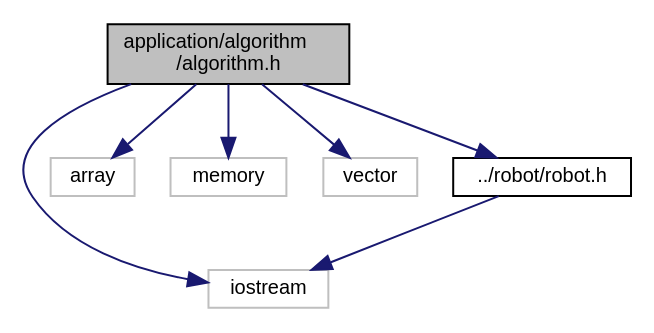
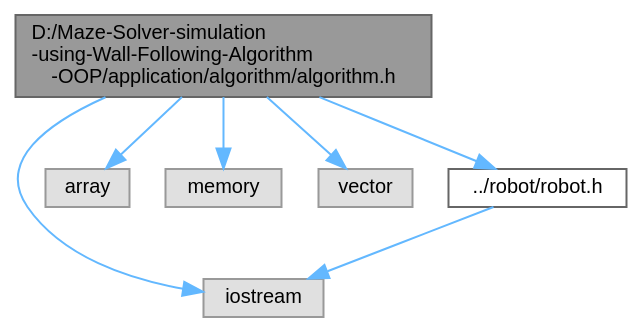
Before and after one commit to darshit-desai/Maze-Solver-simulation-using-Wall-Following-Algorithm-OOP: the diagram in docs/algorithm_8h__incl.dot, drawn with Graphviz. The commit also changed 381 other files, not shown here.

```diff
--- a/docs/algorithm_8h__incl.dot
+++ b/docs/algorithm_8h__incl.dot
@@ -1,18 +1,19 @@
-digraph "application/algorithm/algorithm.h"
+digraph "D:/Maze-Solver-simulation-using-Wall-Following-Algorithm-OOP/application/algorithm/algorithm.h"
 {
  // LATEX_PDF_SIZE
-  edge [fontname="Helvetica",fontsize="10",labelfontname="Helvetica",labelfontsize="10"];
-  node [fontname="Helvetica",fontsize="10",shape=record];
-  Node1 [label="application/algorithm\l/algorithm.h",height=0.2,width=0.4,color="black", fillcolor="grey75", style="filled", fontcolor="black",tooltip="This file contains the implementation details for algorithm class."];
-  Node1 -> Node2 [color="midnightblue",fontsize="10",style="solid",fontname="Helvetica"];
-  Node2 [label="iostream",height=0.2,width=0.4,color="grey75", fillcolor="white", style="filled",tooltip=" "];
-  Node1 -> Node3 [color="midnightblue",fontsize="10",style="solid",fontname="Helvetica"];
-  Node3 [label="array",height=0.2,width=0.4,color="grey75", fillcolor="white", style="filled",tooltip=" "];
-  Node1 -> Node4 [color="midnightblue",fontsize="10",style="solid",fontname="Helvetica"];
-  Node4 [label="memory",height=0.2,width=0.4,color="grey75", fillcolor="white", style="filled",tooltip=" "];
-  Node1 -> Node5 [color="midnightblue",fontsize="10",style="solid",fontname="Helvetica"];
-  Node5 [label="vector",height=0.2,width=0.4,color="grey75", fillcolor="white", style="filled",tooltip=" "];
-  Node1 -> Node6 [color="midnightblue",fontsize="10",style="solid",fontname="Helvetica"];
-  Node6 [label="../robot/robot.h",height=0.2,width=0.4,color="black", fillcolor="white", style="filled",URL="$robot_8h.html",tooltip="This class is used to drive the robot based on its position and orientation."];
-  Node6 -> Node2 [color="midnightblue",fontsize="10",style="solid",fontname="Helvetica"];
+  bgcolor="transparent";
+  edge [fontname=Helvetica,fontsize=10,labelfontname=Helvetica,labelfontsize=10];
+  node [fontname=Helvetica,fontsize=10,shape=box,height=0.2,width=0.4];
+  Node1 [id="Node000001",label="D:/Maze-Solver-simulation\l-using-Wall-Following-Algorithm\l-OOP/application/algorithm/algorithm.h",height=0.2,width=0.4,color="gray40", fillcolor="grey60", style="filled", fontcolor="black",tooltip="This file contains the implementation details for algorithm class."];
+  Node1 -> Node2 [id="edge1_Node000001_Node000002",color="steelblue1",style="solid",tooltip=" "];
+  Node2 [id="Node000002",label="iostream",height=0.2,width=0.4,color="grey60", fillcolor="#E0E0E0", style="filled",tooltip=" "];
+  Node1 -> Node3 [id="edge2_Node000001_Node000003",color="steelblue1",style="solid",tooltip=" "];
+  Node3 [id="Node000003",label="array",height=0.2,width=0.4,color="grey60", fillcolor="#E0E0E0", style="filled",tooltip=" "];
+  Node1 -> Node4 [id="edge3_Node000001_Node000004",color="steelblue1",style="solid",tooltip=" "];
+  Node4 [id="Node000004",label="memory",height=0.2,width=0.4,color="grey60", fillcolor="#E0E0E0", style="filled",tooltip=" "];
+  Node1 -> Node5 [id="edge4_Node000001_Node000005",color="steelblue1",style="solid",tooltip=" "];
+  Node5 [id="Node000005",label="vector",height=0.2,width=0.4,color="grey60", fillcolor="#E0E0E0", style="filled",tooltip=" "];
+  Node1 -> Node6 [id="edge5_Node000001_Node000006",color="steelblue1",style="solid",tooltip=" "];
+  Node6 [id="Node000006",label="../robot/robot.h",height=0.2,width=0.4,color="grey40", fillcolor="white", style="filled",URL="$robot_8h.html",tooltip="This class is used to drive the robot based on its position and orientation."];
+  Node6 -> Node2 [id="edge6_Node000006_Node000002",color="steelblue1",style="solid",tooltip=" "];
 }
```
